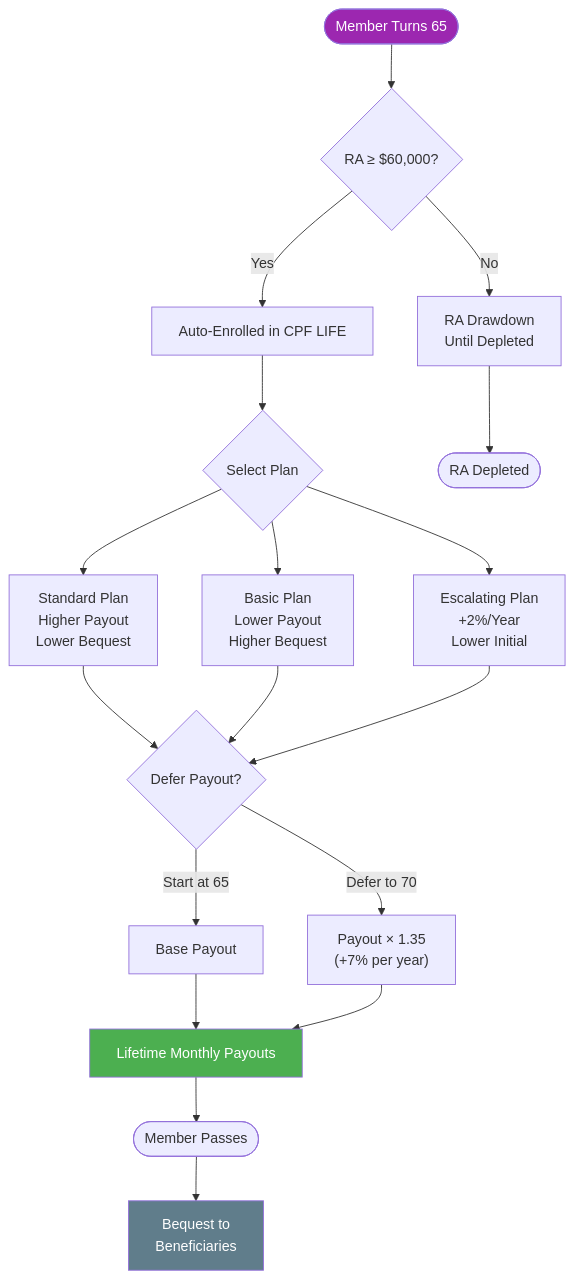
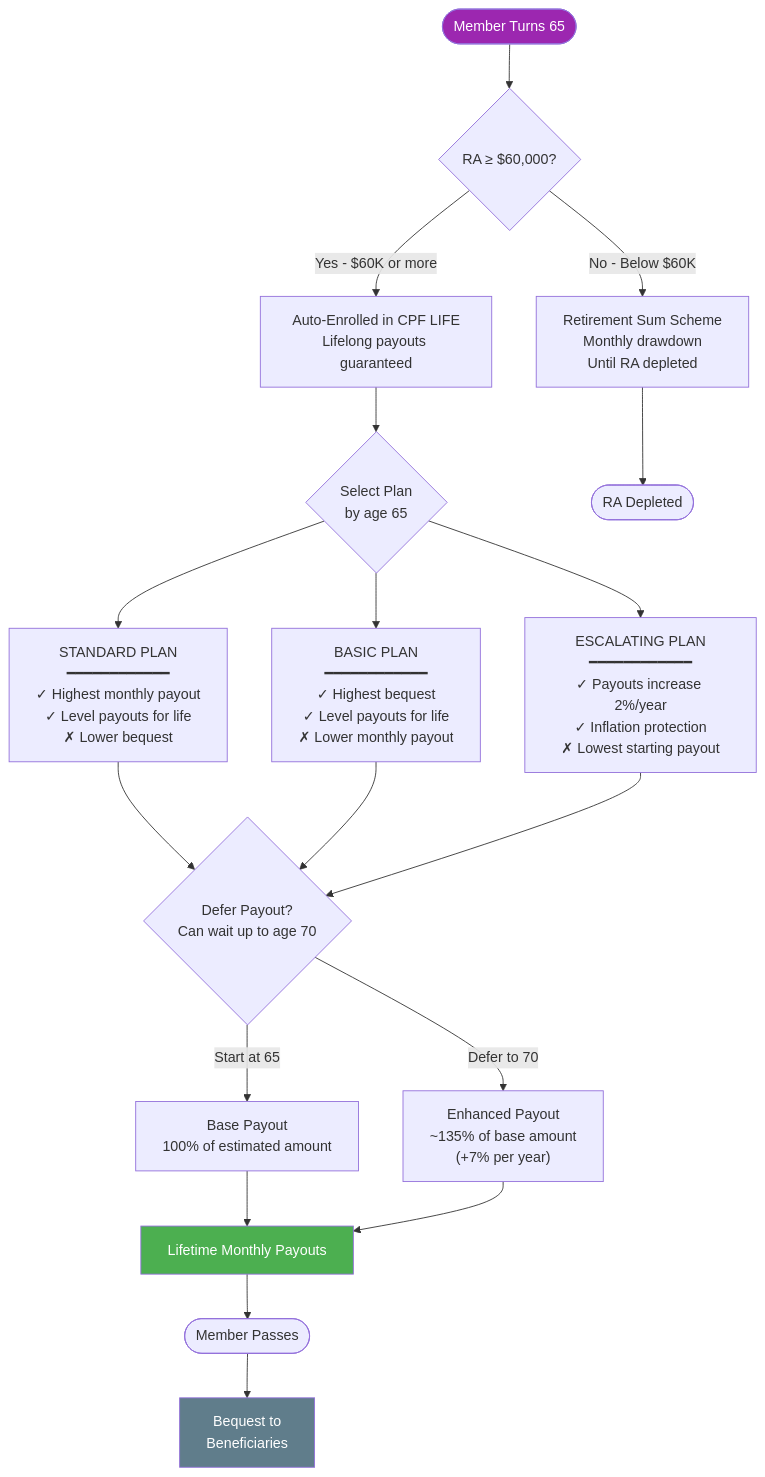
Diagram 11 of 27 in specs/cpf-system-diagrams.md (jcleow/wealthproject), drawn with Mermaid before and after one commit. The commit also changed other lines of this file and 13 other files, not shown here.

````diff
--- a/specs/cpf-system-diagrams.md
+++ b/specs/cpf-system-diagrams.md
@@ -383,32 +644,32 @@
 ```mermaid
 flowchart TD
     START([Member Turns 65]) --> CHECK_RA{RA ≥ $60,000?}
 
-    CHECK_RA --> |No| DRAWDOWN[RA Drawdown<br/>Until Depleted]
-    CHECK_RA --> |Yes| AUTO_ENROLL[Auto-Enrolled in CPF LIFE]
+    CHECK_RA --> |"No - Below $60K"| DRAWDOWN["Retirement Sum Scheme<br/>Monthly drawdown<br/>Until RA depleted"]
+    CHECK_RA --> |"Yes - $60K or more"| AUTO_ENROLL["Auto-Enrolled in CPF LIFE<br/>Lifelong payouts guaranteed"]
 
-    AUTO_ENROLL --> SELECT_PLAN{Select Plan}
+    AUTO_ENROLL --> SELECT_PLAN{Select Plan<br/>by age 65}
 
-    SELECT_PLAN --> STANDARD["Standard Plan<br/>Higher Payout<br/>Lower Bequest"]
-    SELECT_PLAN --> BASIC["Basic Plan<br/>Lower Payout<br/>Higher Bequest"]
-    SELECT_PLAN --> ESCALATING["Escalating Plan<br/>+2%/Year<br/>Lower Initial"]
+    SELECT_PLAN --> STANDARD["STANDARD PLAN<br/>━━━━━━━━━━━━<br/>✓ Highest monthly payout<br/>✓ Level payouts for life<br/>✗ Lower bequest"]
+    SELECT_PLAN --> BASIC["BASIC PLAN<br/>━━━━━━━━━━━━<br/>✓ Highest bequest<br/>✓ Level payouts for life<br/>✗ Lower monthly payout"]
+    SELECT_PLAN --> ESCALATING["ESCALATING PLAN<br/>━━━━━━━━━━━━<br/>✓ Payouts increase 2%/year<br/>✓ Inflation protection<br/>✗ Lowest starting payout"]
 
-    STANDARD --> DEFER{Defer Payout?}
+    STANDARD --> DEFER{Defer Payout?<br/>Can wait up to age 70}
     BASIC --> DEFER
     ESCALATING --> DEFER
 
-    DEFER --> |"Start at 65"| PAYOUT_65[Base Payout]
-    DEFER --> |"Defer to 70"| PAYOUT_70["Payout × 1.35<br/>(+7% per year)"]
+    DEFER --> |"Start at 65"| PAYOUT_65["Base Payout<br/>100% of estimated amount"]
+    DEFER --> |"Defer to 70"| PAYOUT_70["Enhanced Payout<br/>~135% of base amount<br/>#40;+7% per year#41;"]
 
     PAYOUT_65 --> LIFETIME[Lifetime Monthly Payouts]
     PAYOUT_70 --> LIFETIME
 
     DRAWDOWN --> DEPLETED([RA Depleted])
     LIFETIME --> DEATH([Member Passes])
 
     DEATH --> BEQUEST[Bequest to<br/>Beneficiaries]
 
     style START fill:#9C27B0,color:#fff
     style LIFETIME fill:#4CAF50,color:#fff
     style BEQUEST fill:#607D8B,color:#fff
 ```
````
